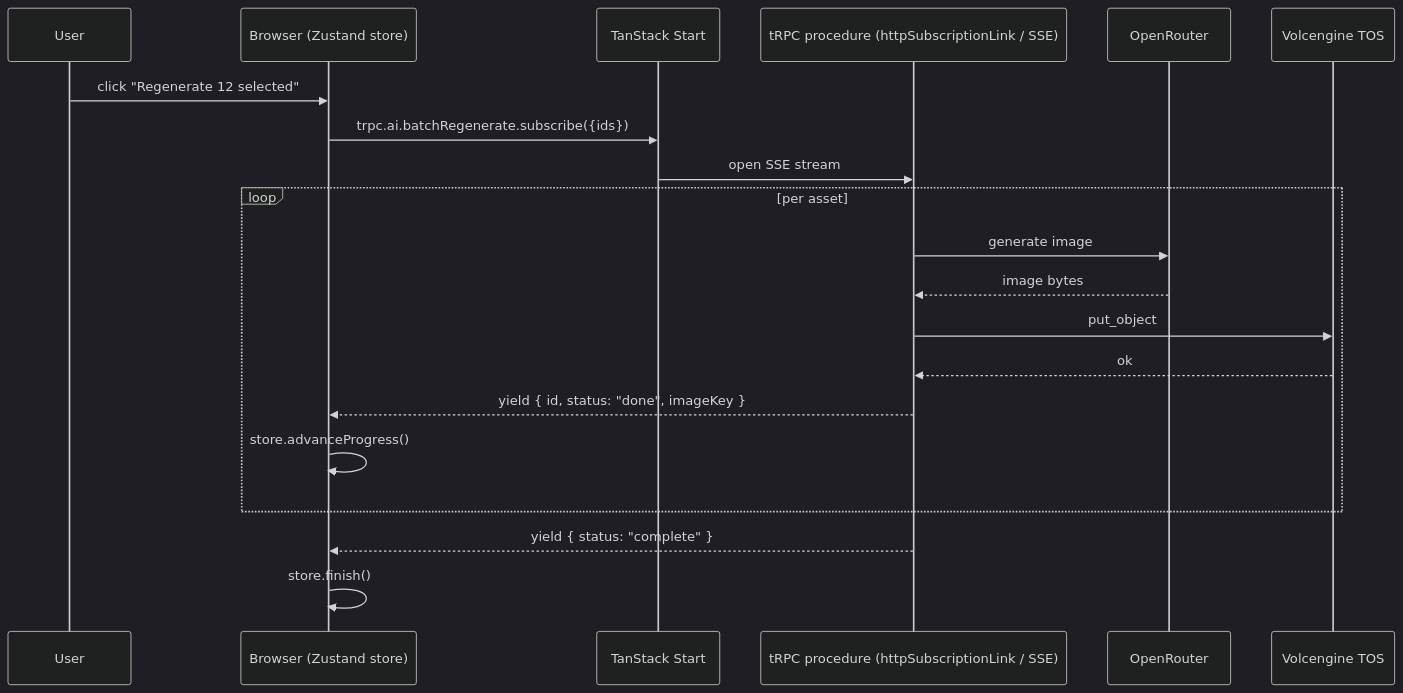
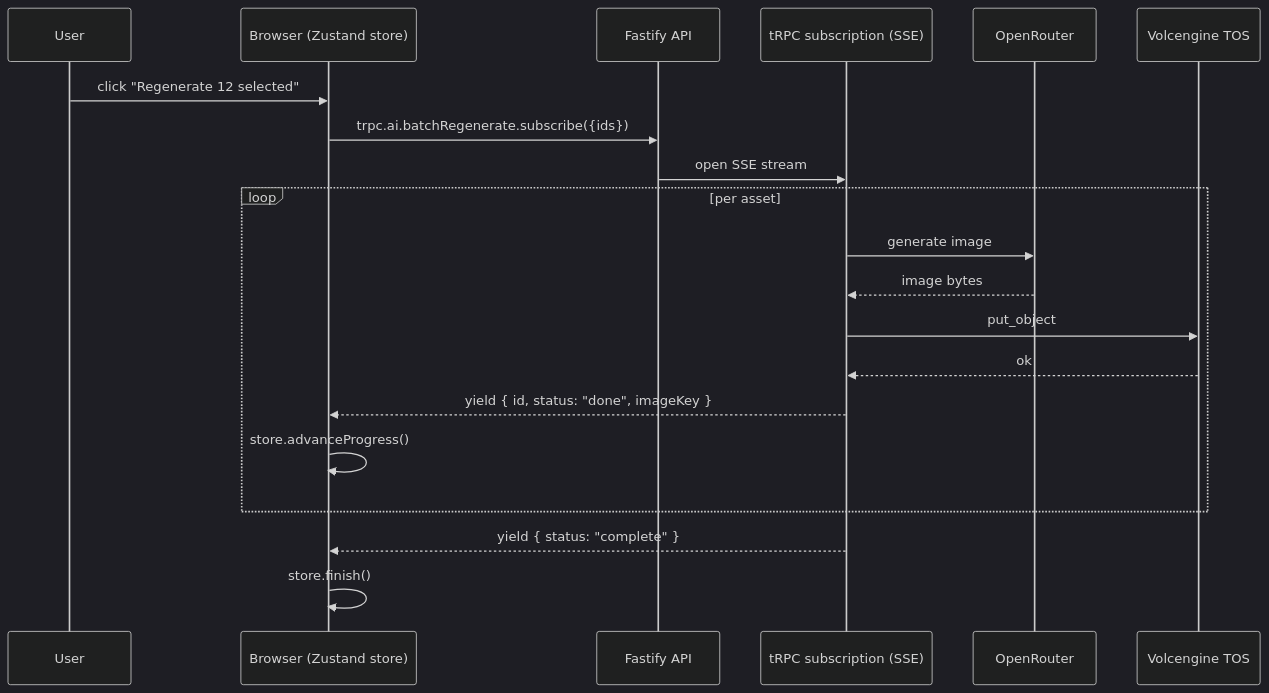
One commit to smilexuhc/benchmark-repo changed the third of 4 diagrams in docs/plans/2026-05-30-001-refactor-asset-library-stack-rebuild-plan.md. Above: the diagram before and after it, drawn with Mermaid (dark theme). The commit also changed other lines of this file, not shown here.

First line of the commit message:
docs: finalize Milestone 1 architecture for asset library rebuild

````diff
--- a/docs/plans/2026-05-30-001-refactor-asset-library-stack-rebuild-plan.md
+++ b/docs/plans/2026-05-30-001-refactor-asset-library-stack-rebuild-plan.md
@@ -126,23 +152,23 @@
 ```mermaid
 sequenceDiagram
   participant U as User
   participant W as Browser (Zustand store)
-  participant S as TanStack Start
-  participant T as tRPC procedure (httpSubscriptionLink / SSE)
+  participant S as Fastify API
+  participant T as tRPC subscription (SSE)
   participant AI as OpenRouter
   participant TOS as Volcengine TOS
 
   U->>W: click "Regenerate 12 selected"
   W->>S: trpc.ai.batchRegenerate.subscribe({ids})
   S->>T: open SSE stream
   loop per asset
     T->>AI: generate image
     AI-->>T: image bytes
     T->>TOS: put_object
     TOS-->>T: ok
     T-->>W: yield { id, status: "done", imageKey }
     W->>W: store.advanceProgress()
   end
   T-->>W: yield { status: "complete" }
   W->>W: store.finish()
 ```
````
